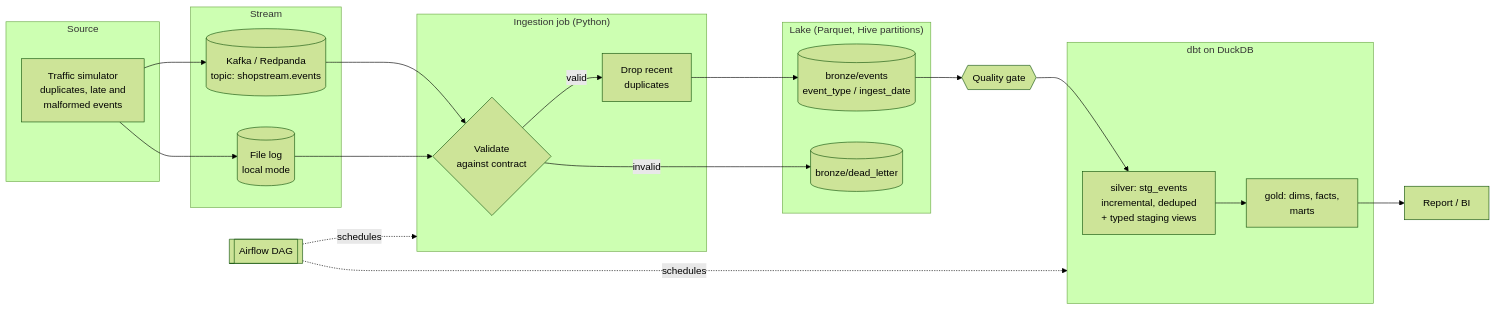
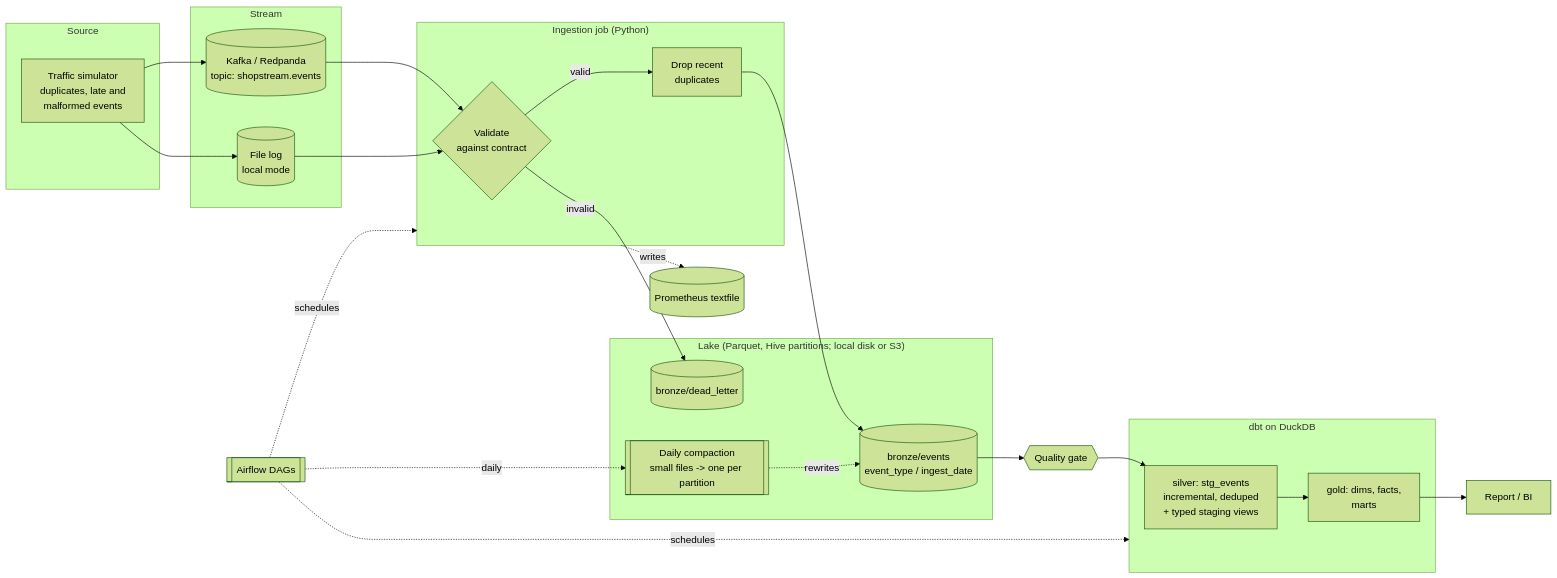
The diagram in docs/architecture.md (idrees118/Data_engineering_project), drawn with Mermaid (forest theme) before and after one commit. The commit also changed other lines of this file and 1 other file, not shown here.

First line of the commit message:
Update architecture, testing and limitations docs for the new capabilities

````diff
--- a/docs/architecture.md
+++ b/docs/architecture.md
@@ -5,33 +5,37 @@
 ```mermaid
 flowchart LR
     subgraph Source
         SIM[Traffic simulator<br/>duplicates, late and<br/>malformed events]
     end
     subgraph Stream
         K[(Kafka / Redpanda<br/>topic: shopstream.events)]
         F[(File log<br/>local mode)]
     end
     subgraph Ingestion["Ingestion job (Python)"]
         V{Validate<br/>against contract}
         D[Drop recent<br/>duplicates]
     end
-    subgraph Lake["Lake (Parquet, Hive partitions)"]
+    subgraph Lake["Lake (Parquet, Hive partitions; local disk or S3)"]
         B[(bronze/events<br/>event_type / ingest_date)]
         DL[(bronze/dead_letter)]
+        C[[Daily compaction<br/>small files -> one per partition]]
     end
     subgraph Modelling["dbt on DuckDB"]
         S[silver: stg_events<br/>incremental, deduped<br/>+ typed staging views]
         G[gold: dims, facts,<br/>marts]
     end
     SIM --> K
     SIM --> F
     K --> V
     F --> V
     V -- valid --> D --> B
     V -- invalid --> DL
+    C -. rewrites .-> B
     B --> Q{{Quality gate}}
     Q --> S --> G
     G --> R[Report / BI]
-    O[[Airflow DAG]] -. schedules .-> Ingestion
+    Ingestion -. writes .-> M[(Prometheus textfile)]
+    O[[Airflow DAGs]] -. schedules .-> Ingestion
     O -. schedules .-> Modelling
+    O -. daily .-> C
 ```
````
